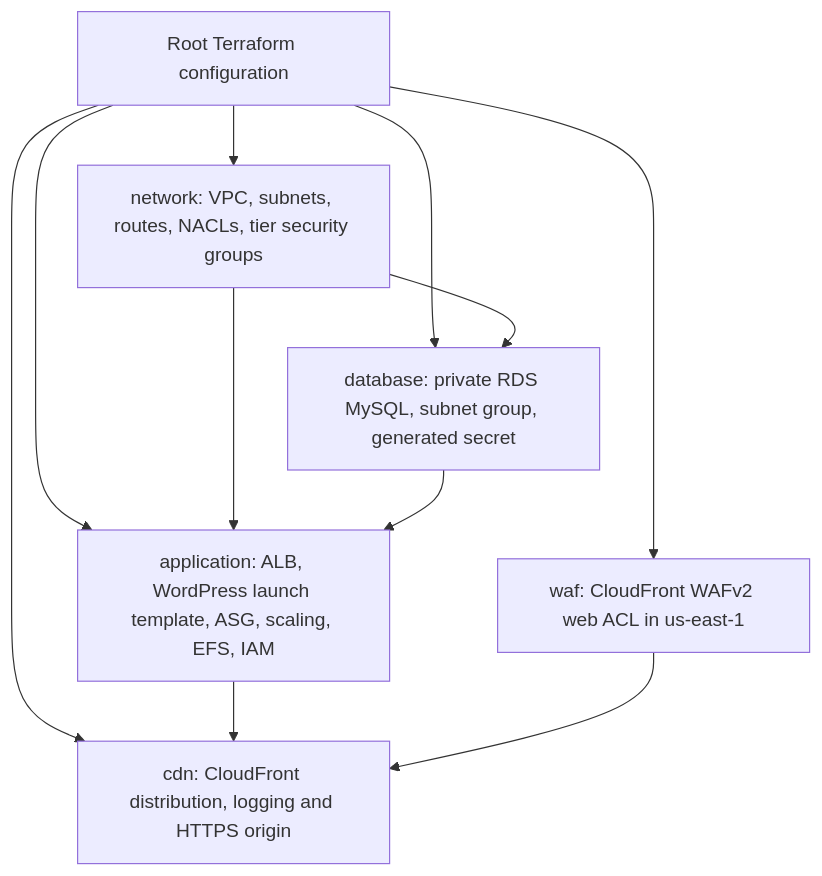
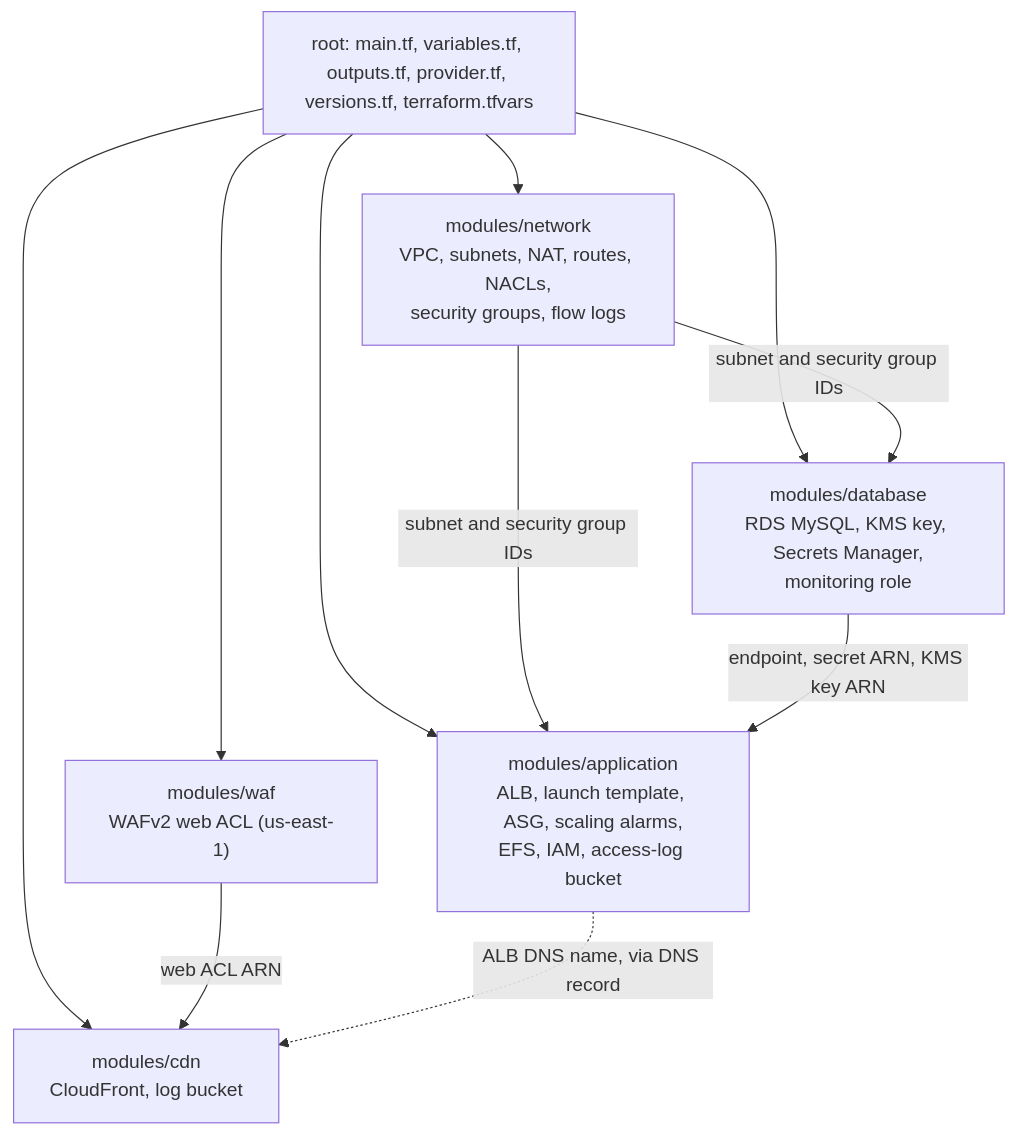
The second of 2 diagrams in README.md (HagemaruThetha/WPApplication), drawn with Mermaid before and after one commit. The commit also changed other lines of this file and 6 other files, not shown here.

First line of the commit message:
Polish submission: richer diagrams, module structure docs, NAT NACL rule, refreshed evidence

````diff
--- a/README.md
+++ b/README.md
@@ -23,14 +43,14 @@
 ```mermaid
 flowchart TD
-    Root[Root Terraform configuration]
-    Root --> Network[network: VPC, subnets, routes, NACLs, tier security groups]
-    Root --> Database[database: private RDS MySQL, subnet group, generated secret]
-    Root --> Application[application: ALB, WordPress launch template, ASG, scaling, EFS, IAM]
-    Root --> WAF[waf: CloudFront WAFv2 web ACL in us-east-1]
-    Root --> CDN[cdn: CloudFront distribution, logging and HTTPS origin]
-    Network --> Database
-    Network --> Application
-    Database --> Application
-    Application --> CDN
-    WAF --> CDN
+    Root["root: main.tf, variables.tf, outputs.tf, provider.tf, versions.tf, terraform.tfvars"]
+    Root --> Network["modules/network<br/>VPC, subnets, NAT, routes, NACLs,<br/>security groups, flow logs"]
+    Root --> Database["modules/database<br/>RDS MySQL, KMS key, Secrets Manager,<br/>monitoring role"]
+    Root --> Application["modules/application<br/>ALB, launch template, ASG, scaling alarms,<br/>EFS, IAM, access-log bucket"]
+    Root --> WAF["modules/waf<br/>WAFv2 web ACL (us-east-1)"]
+    Root --> CDN["modules/cdn<br/>CloudFront, log bucket"]
+    Network -->|subnet and security group IDs| Database
+    Network -->|subnet and security group IDs| Application
+    Database -->|endpoint, secret ARN, KMS key ARN| Application
+    WAF -->|web ACL ARN| CDN
+    Application -.->|ALB DNS name, via DNS record| CDN
 ```
````
